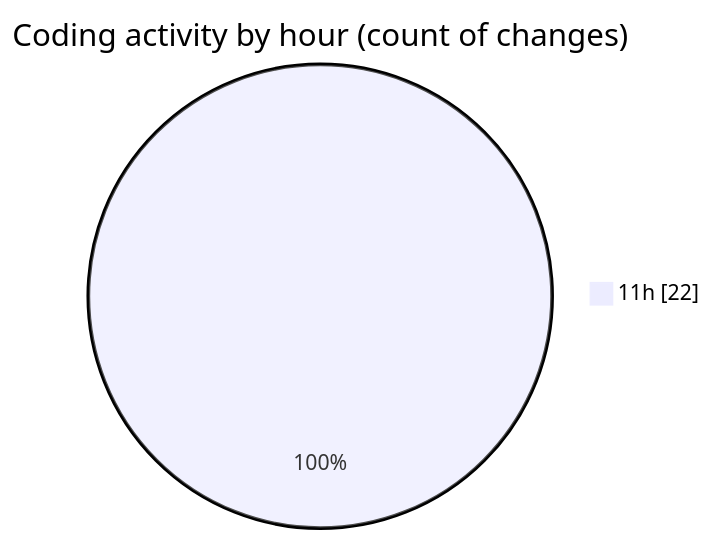
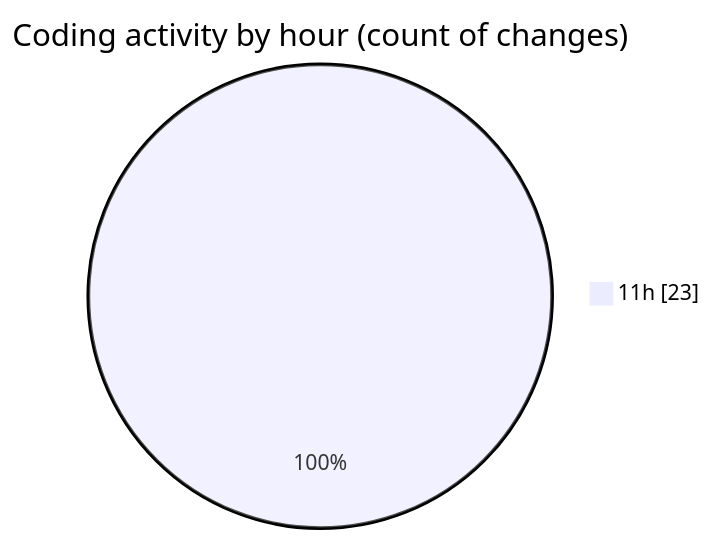
Before and after one commit to nxtqubesakshisongat/code-tracking: the second of 2 diagrams in 2025-05-10/argos-dev/README.md, drawn with Mermaid. The commit also changed other lines of this file and 1 other file, not shown here.

````diff
--- a/2025-05-10/argos-dev/README.md
+++ b/2025-05-10/argos-dev/README.md
@@ -29,5 +29,5 @@
 ```mermaid
 pie showData
 title Coding activity by hour (count of changes)
-"11h" : 22
+"11h" : 23
 ```
````
